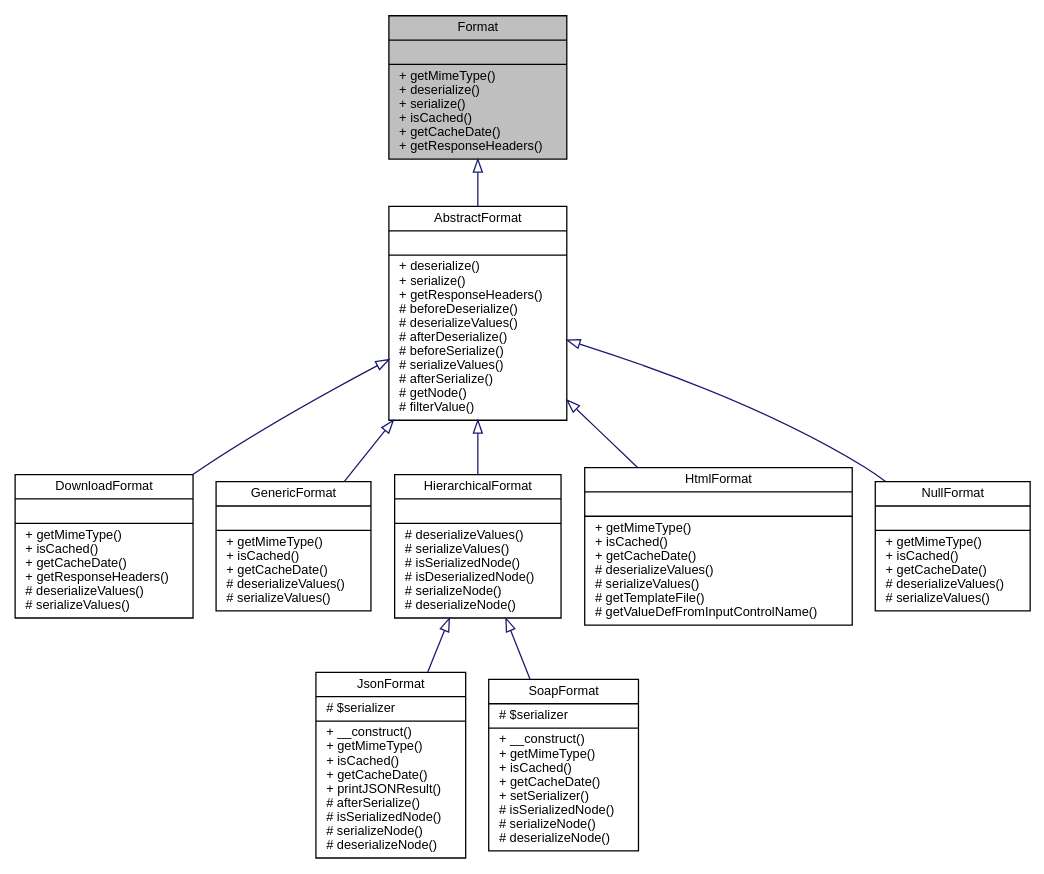
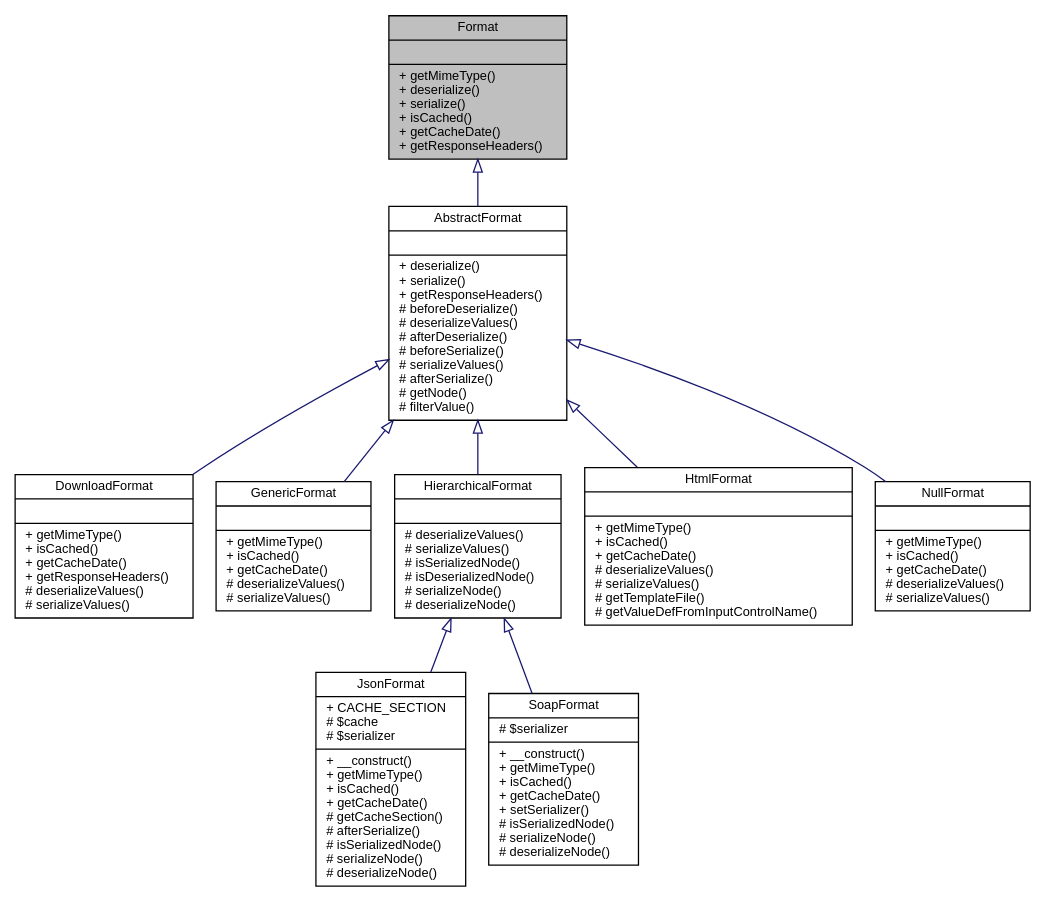
Before and after one commit to eherwig/wcmf: the diagram in interfacewcmf_1_1lib_1_1presentation_1_1format_1_1_format__inherit__graph.dot, drawn with Graphviz. The commit also changed 1132 other files, not shown here.

```diff
--- a/interfacewcmf_1_1lib_1_1presentation_1_1format_1_1_format__inherit__graph.dot
+++ b/interfacewcmf_1_1lib_1_1presentation_1_1format_1_1_format__inherit__graph.dot
@@ -1,22 +1,22 @@
 digraph "Format"
 {
   edge [fontname="Helvetica",fontsize="10",labelfontname="Helvetica",labelfontsize="10"];
   node [fontname="Helvetica",fontsize="10",shape=record];
   Node0 [label="{Format\n||+ getMimeType()\l+ deserialize()\l+ serialize()\l+ isCached()\l+ getCacheDate()\l+ getResponseHeaders()\l}",height=0.2,width=0.4,color="black", fillcolor="grey75", style="filled", fontcolor="black"];
   Node0 -> Node1 [dir="back",color="midnightblue",fontsize="10",style="solid",arrowtail="onormal",fontname="Helvetica"];
   Node1 [label="{AbstractFormat\n||+ deserialize()\l+ serialize()\l+ getResponseHeaders()\l# beforeDeserialize()\l# deserializeValues()\l# afterDeserialize()\l# beforeSerialize()\l# serializeValues()\l# afterSerialize()\l# getNode()\l# filterValue()\l}",height=0.2,width=0.4,color="black", fillcolor="white", style="filled",URL="$classwcmf_1_1lib_1_1presentation_1_1format_1_1impl_1_1_abstract_format.html",tooltip="AbstractFormat is used as base class for specialized formats. "];
   Node1 -> Node2 [dir="back",color="midnightblue",fontsize="10",style="solid",arrowtail="onormal",fontname="Helvetica"];
   Node2 [label="{DownloadFormat\n||+ getMimeType()\l+ isCached()\l+ getCacheDate()\l+ getResponseHeaders()\l# deserializeValues()\l# serializeValues()\l}",height=0.2,width=0.4,color="black", fillcolor="white", style="filled",URL="$classwcmf_1_1lib_1_1presentation_1_1format_1_1impl_1_1_download_format.html",tooltip="DownloadFormat is used for downloads. "];
   Node1 -> Node3 [dir="back",color="midnightblue",fontsize="10",style="solid",arrowtail="onormal",fontname="Helvetica"];
   Node3 [label="{GenericFormat\n||+ getMimeType()\l+ isCached()\l+ getCacheDate()\l# deserializeValues()\l# serializeValues()\l}",height=0.2,width=0.4,color="black", fillcolor="white", style="filled",URL="$classwcmf_1_1lib_1_1presentation_1_1format_1_1impl_1_1_generic_format.html",tooltip="GenericFormat is used to output arbitrary responses. "];
   Node1 -> Node4 [dir="back",color="midnightblue",fontsize="10",style="solid",arrowtail="onormal",fontname="Helvetica"];
   Node4 [label="{HierarchicalFormat\n||# deserializeValues()\l# serializeValues()\l# isSerializedNode()\l# isDeserializedNode()\l# serializeNode()\l# deserializeNode()\l}",height=0.2,width=0.4,color="black", fillcolor="white", style="filled",URL="$classwcmf_1_1lib_1_1presentation_1_1format_1_1impl_1_1_hierarchical_format.html",tooltip="HierarchicalFormat is used as base class for formats that are able to represent hierarchical data lik..."];
   Node4 -> Node5 [dir="back",color="midnightblue",fontsize="10",style="solid",arrowtail="onormal",fontname="Helvetica"];
-  Node5 [label="{JsonFormat\n|# $serializer\l|+ __construct()\l+ getMimeType()\l+ isCached()\l+ getCacheDate()\l+ printJSONResult()\l# afterSerialize()\l# isSerializedNode()\l# serializeNode()\l# deserializeNode()\l}",height=0.2,width=0.4,color="black", fillcolor="white", style="filled",URL="$classwcmf_1_1lib_1_1presentation_1_1format_1_1impl_1_1_json_format.html",tooltip="JsonFormat implements the JSON request/response format. "];
+  Node5 [label="{JsonFormat\n|+ CACHE_SECTION\l# $cache\l# $serializer\l|+ __construct()\l+ getMimeType()\l+ isCached()\l+ getCacheDate()\l# getCacheSection()\l# afterSerialize()\l# isSerializedNode()\l# serializeNode()\l# deserializeNode()\l}",height=0.2,width=0.4,color="black", fillcolor="white", style="filled",URL="$classwcmf_1_1lib_1_1presentation_1_1format_1_1impl_1_1_json_format.html",tooltip="JsonFormat implements the JSON request/response format. "];
   Node4 -> Node6 [dir="back",color="midnightblue",fontsize="10",style="solid",arrowtail="onormal",fontname="Helvetica"];
   Node6 [label="{SoapFormat\n|# $serializer\l|+ __construct()\l+ getMimeType()\l+ isCached()\l+ getCacheDate()\l+ setSerializer()\l# isSerializedNode()\l# serializeNode()\l# deserializeNode()\l}",height=0.2,width=0.4,color="black", fillcolor="white", style="filled",URL="$classwcmf_1_1lib_1_1presentation_1_1format_1_1impl_1_1_soap_format.html",tooltip="SoapFormat implements the SOAP request/response format. "];
   Node1 -> Node7 [dir="back",color="midnightblue",fontsize="10",style="solid",arrowtail="onormal",fontname="Helvetica"];
   Node7 [label="{HtmlFormat\n||+ getMimeType()\l+ isCached()\l+ getCacheDate()\l# deserializeValues()\l# serializeValues()\l# getTemplateFile()\l# getValueDefFromInputControlName()\l}",height=0.2,width=0.4,color="black", fillcolor="white", style="filled",URL="$classwcmf_1_1lib_1_1presentation_1_1format_1_1impl_1_1_html_format.html",tooltip="HtmlFormat implements the HTML request/response format. "];
   Node1 -> Node8 [dir="back",color="midnightblue",fontsize="10",style="solid",arrowtail="onormal",fontname="Helvetica"];
   Node8 [label="{NullFormat\n||+ getMimeType()\l+ isCached()\l+ getCacheDate()\l# deserializeValues()\l# serializeValues()\l}",height=0.2,width=0.4,color="black", fillcolor="white", style="filled",URL="$classwcmf_1_1lib_1_1presentation_1_1format_1_1impl_1_1_null_format.html",tooltip="NullFormat transfers the original request and response objects without modifying or transforming them..."];
 }
```
